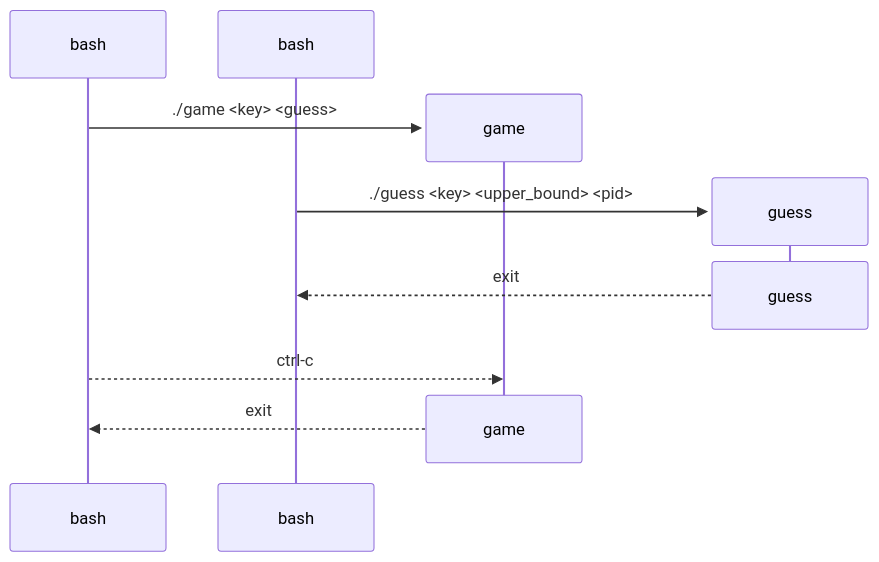
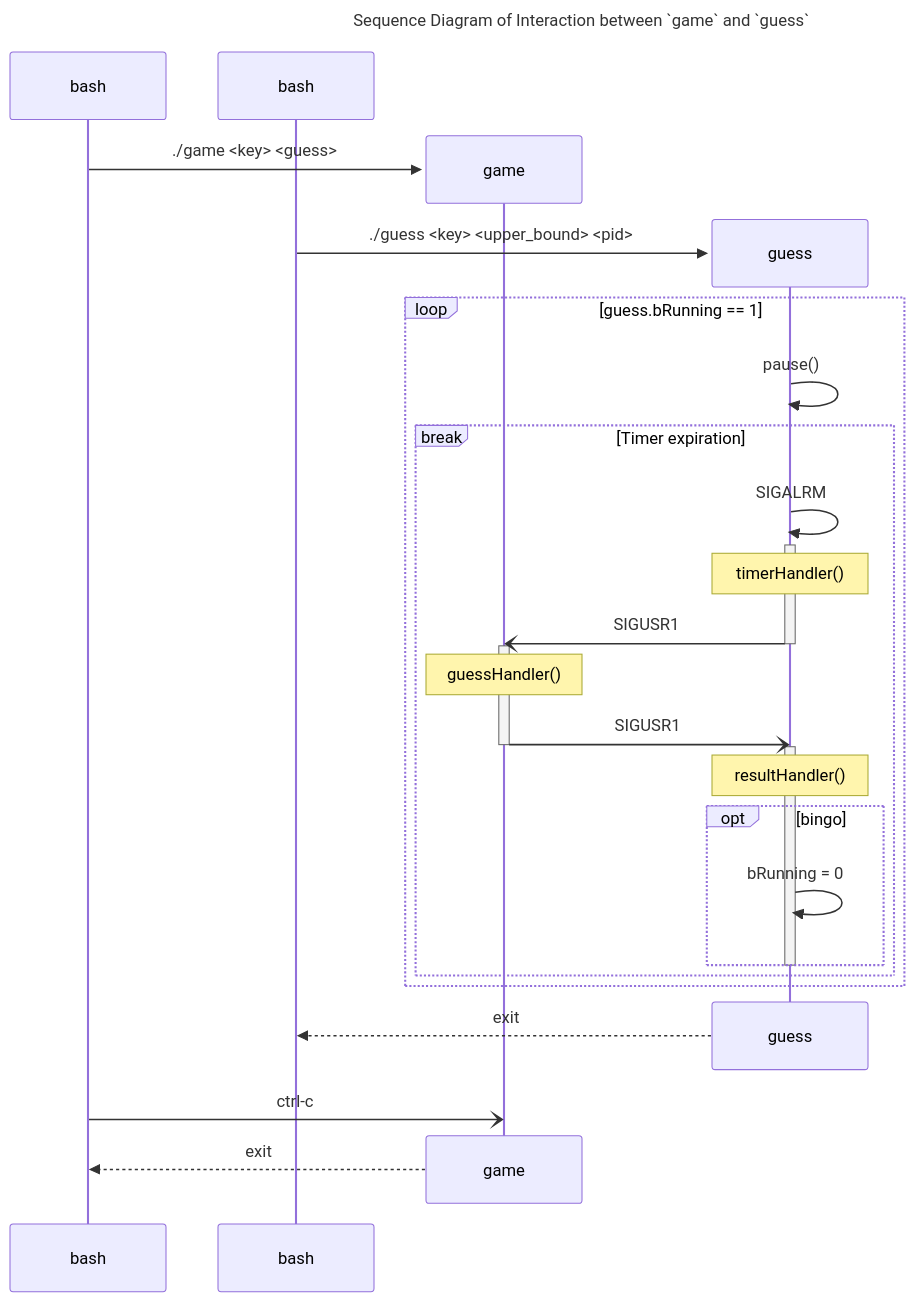
The diagram in lab7/README.md (Dinglet/embedded-os), drawn with Mermaid before and after one commit.

Commit message:
Update the sequence diagram of interaction between `game` and `guess`

````diff
--- a/lab7/README.md
+++ b/lab7/README.md
@@ -31,18 +31,45 @@
 ```mermaid
+---
+title: Sequence Diagram of Interaction between `game` and `guess`
+---
 sequenceDiagram
     participant bash1 as bash
     participant bash2 as bash
 
     create participant game
     bash1 ->> game : ./game <key> <guess>
 
     create participant guess
     bash2 ->> guess : ./guess <key> <upper_bound> <pid>
 
+    loop guess.bRunning == 1
+        guess ->> guess : pause()
+
+        break Timer expiration
+            guess ->> guess : SIGALRM
+            activate guess
+            note over guess : timerHandler()
+
+            guess -) game : SIGUSR1
+            deactivate guess
+            activate game
+            note over game : guessHandler()
+
+            game -) guess : SIGUSR1
+            deactivate game
+            activate guess
+            note over guess : resultHandler()
+            opt bingo
+                guess ->> guess : bRunning = 0
+            end
+            deactivate guess
+        end
+    end
+
     destroy guess
     guess -->> bash2 : exit
 
-    bash1 -->> game : ctrl-c
+    bash1 -) game : ctrl-c
     destroy game
     game -->> bash1 : exit
 ```
````
